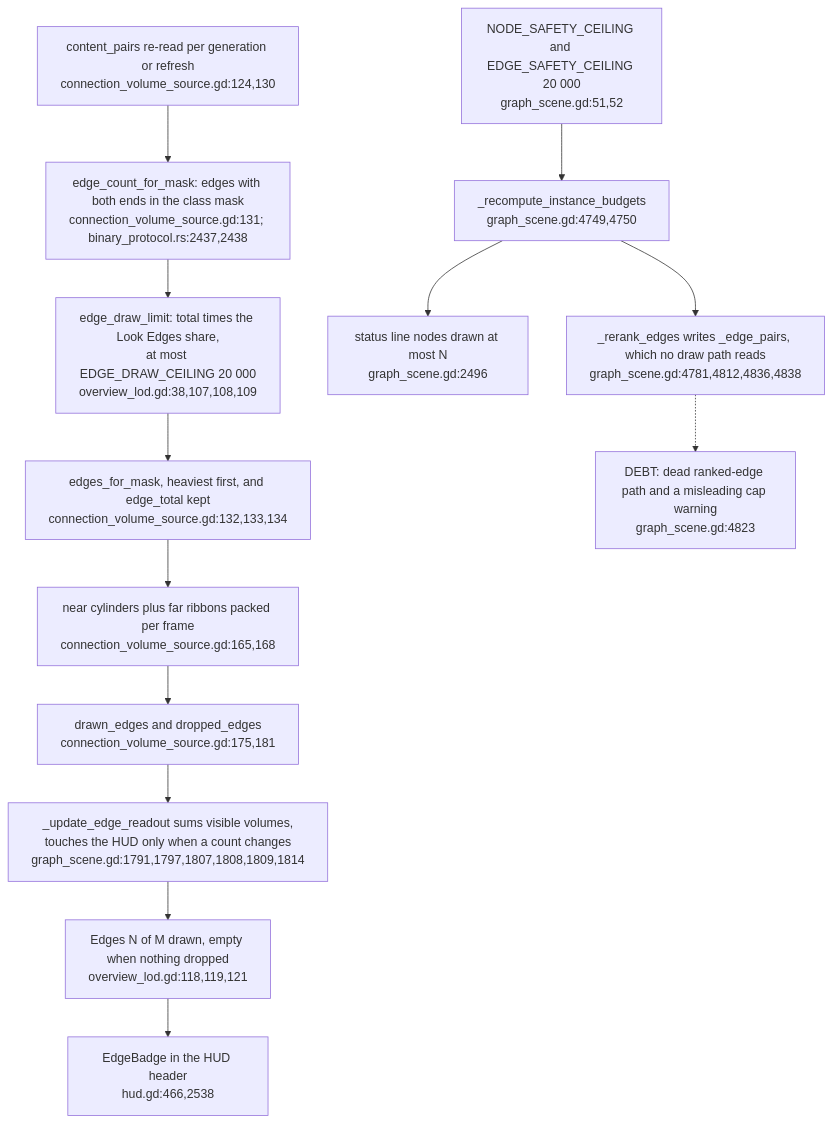
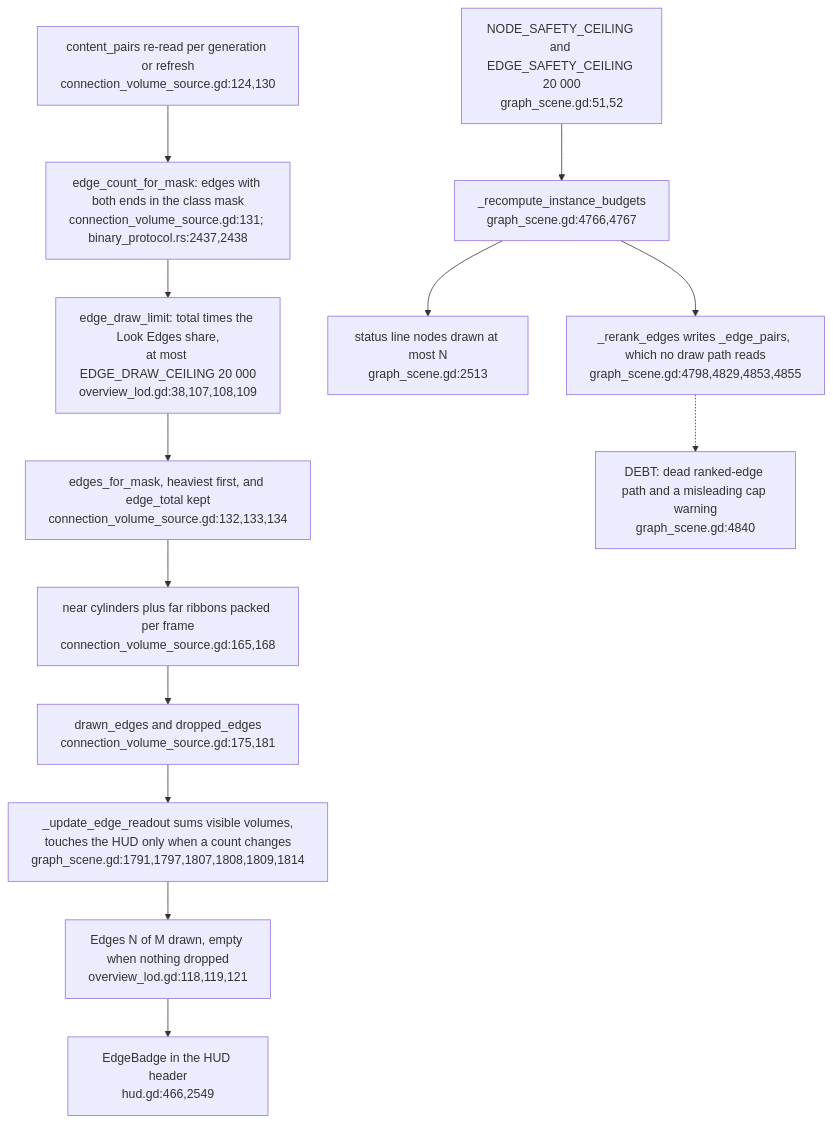
The seventh of 8 diagrams in docs/diagrams/visionclaw/51-xr-visual-budget-and-engine-gates.md (DreamLab-AI/VisionFlow), drawn with Mermaid before and after one commit. The commit also changed other lines of this file and 49 other files, not shown here.

First line of the commit message:
docs(diagrams): re-derive and re-stamp VisionClaw, estate, knowledge-graph, visionGraph, VisionFlow and sidestr topics

````diff
--- a/docs/diagrams/visionclaw/51-xr-visual-budget-and-engine-gates.md
+++ b/docs/diagrams/visionclaw/51-xr-visual-budget-and-engine-gates.md
@@ -146,15 +146,15 @@
 ```mermaid
 flowchart TD
     PAIRS["content_pairs re-read per generation or refresh<br/>connection_volume_source.gd:124,130"] --> COUNT["edge_count_for_mask: edges with both ends in the class mask<br/>connection_volume_source.gd:131; binary_protocol.rs:2437,2438"]
     COUNT --> LIMIT["edge_draw_limit: total times the Look Edges share,<br/>at most EDGE_DRAW_CEILING 20 000<br/>overview_lod.gd:38,107,108,109"]
     LIMIT --> FETCH["edges_for_mask, heaviest first, and edge_total kept<br/>connection_volume_source.gd:132,133,134"]
     FETCH --> PACK["near cylinders plus far ribbons packed per frame<br/>connection_volume_source.gd:165,168"]
     PACK --> DRAWN["drawn_edges and dropped_edges<br/>connection_volume_source.gd:175,181"]
     DRAWN --> SUM["_update_edge_readout sums visible volumes,<br/>touches the HUD only when a count changes<br/>graph_scene.gd:1791,1797,1807,1808,1809,1814"]
     SUM --> TXT["Edges N of M drawn, empty when nothing dropped<br/>overview_lod.gd:118,119,121"]
-    TXT --> BADGE["EdgeBadge in the HUD header<br/>hud.gd:466,2538"]
-    OLD["NODE_SAFETY_CEILING and EDGE_SAFETY_CEILING 20 000<br/>graph_scene.gd:51,52"] --> BUD["_recompute_instance_budgets<br/>graph_scene.gd:4749,4750"]
-    BUD --> STATUS["status line nodes drawn at most N<br/>graph_scene.gd:2496"]
-    BUD --> RANK["_rerank_edges writes _edge_pairs, which no draw path reads<br/>graph_scene.gd:4781,4812,4836,4838"]
-    RANK -.-> D1["DEBT: dead ranked-edge path and a misleading cap warning<br/>graph_scene.gd:4823"]
+    TXT --> BADGE["EdgeBadge in the HUD header<br/>hud.gd:466,2549"]
+    OLD["NODE_SAFETY_CEILING and EDGE_SAFETY_CEILING 20 000<br/>graph_scene.gd:51,52"] --> BUD["_recompute_instance_budgets<br/>graph_scene.gd:4766,4767"]
+    BUD --> STATUS["status line nodes drawn at most N<br/>graph_scene.gd:2513"]
+    BUD --> RANK["_rerank_edges writes _edge_pairs, which no draw path reads<br/>graph_scene.gd:4798,4829,4853,4855"]
+    RANK -.-> D1["DEBT: dead ranked-edge path and a misleading cap warning<br/>graph_scene.gd:4840"]
 ```
````
